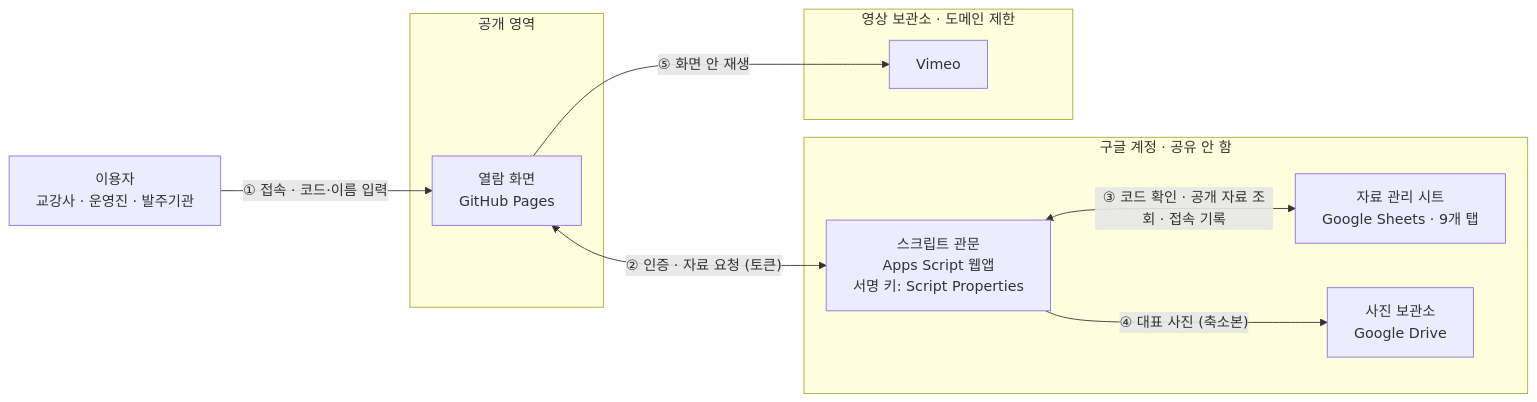
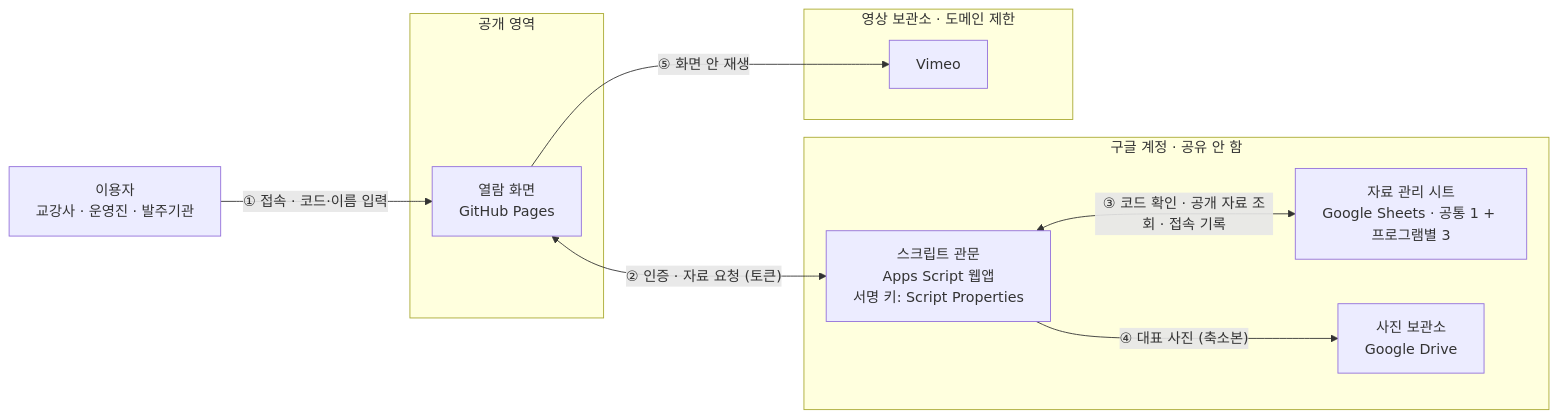
The first of 2 diagrams in docs/architecture.md (kartsgifted/archive), drawn with Mermaid before and after one commit. The commit also changed other lines of this file and 12 other files, not shown here.

````diff
--- a/docs/architecture.md
+++ b/docs/architecture.md
@@ -44,24 +44,24 @@
 ```mermaid
 flowchart LR
     user["이용자<br/>교강사 · 운영진 · 발주기관"]
 
     subgraph PUB["공개 영역"]
         web["열람 화면<br/>GitHub Pages"]
     end
 
     subgraph GOOGLE["구글 계정 · 공유 안 함"]
         gate["스크립트 관문<br/>Apps Script 웹앱<br/>서명 키: Script Properties"]
-        sheet["자료 관리 시트<br/>Google Sheets · 9개 탭"]
+        sheet["자료 관리 시트<br/>Google Sheets · 공통 1 + 프로그램별 3"]
         drive["사진 보관소<br/>Google Drive"]
     end
 
     subgraph VIMEO["영상 보관소 · 도메인 제한"]
         vimeo["Vimeo"]
     end
 
     user -->|"① 접속 · 코드·이름 입력"| web
     web <-->|"② 인증 · 자료 요청 (토큰)"| gate
     gate <-->|"③ 코드 확인 · 공개 자료 조회 · 접속 기록"| sheet
     gate -->|"④ 대표 사진 (축소본)"| drive
     web -->|"⑤ 화면 안 재생"| vimeo
 ```
````
